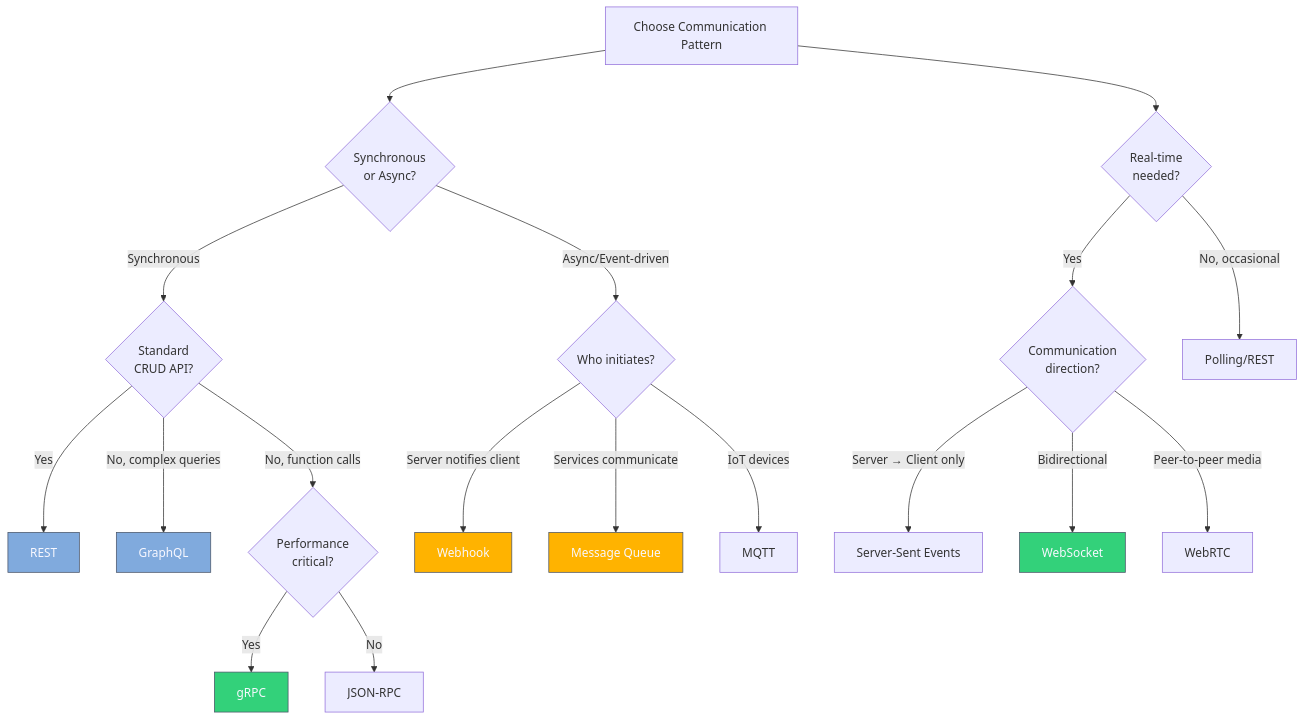
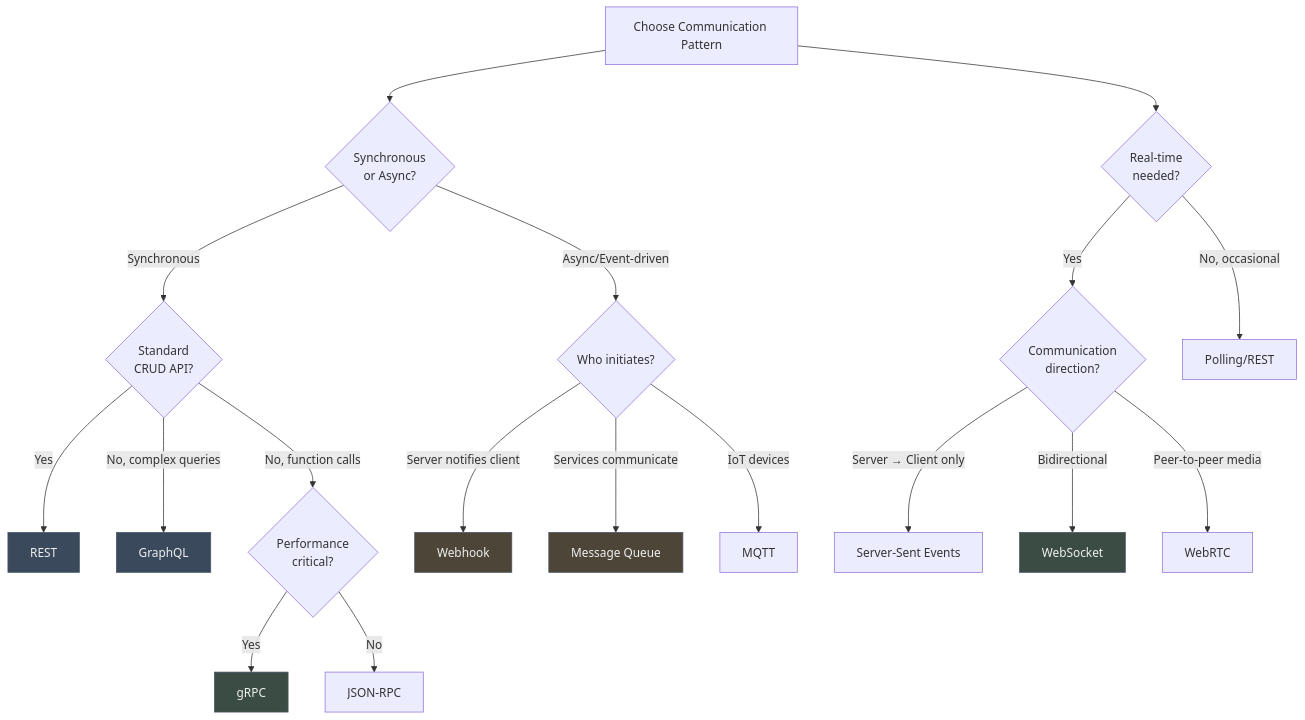
One commit to blackwell-systems/blog changed diagram 19 of 24 in content/posts/api-communication-patterns-guide.md. Above: the diagram before and after it, drawn with Mermaid. The commit also changed other lines of this file and 4 other files, not shown here.

```diff
--- a/content/posts/api-communication-patterns-guide.md
+++ b/content/posts/api-communication-patterns-guide.md
@@ -1358,37 +1358,37 @@
 {{< mermaid >}}
 flowchart TD
     start["Choose Communication Pattern"]
 
     start --> sync{Synchronous<br/>or Async?}
 
     sync -->|Synchronous| crud{Standard<br/>CRUD API?}
     sync -->|Async/Event-driven| event{Who initiates?}
 
     crud -->|Yes| rest["REST"]
     crud -->|No, complex queries| graphql["GraphQL"]
     crud -->|No, function calls| perf{Performance<br/>critical?}
 
     perf -->|Yes| grpc["gRPC"]
     perf -->|No| rpc["JSON-RPC"]
 
     event -->|Server notifies client| webhook["Webhook"]
     event -->|Services communicate| mq["Message Queue"]
     event -->|IoT devices| mqtt["MQTT"]
 
     start --> realtime{Real-time<br/>needed?}
 
     realtime -->|Yes| direction{Communication<br/>direction?}
 
     direction -->|Server → Client only| sse["Server-Sent Events"]
     direction -->|Bidirectional| ws["WebSocket"]
     direction -->|Peer-to-peer media| webrtc["WebRTC"]
 
     realtime -->|No, occasional| polling["Polling/REST"]
 
-    style rest fill:#80AADD,stroke:#4a5568,color:#f8f8ff
-    style graphql fill:#80AADD,stroke:#4a5568,color:#f8f8ff
-    style grpc fill:#33D17A,stroke:#4a5568,color:#f8f8ff
-    style ws fill:#33D17A,stroke:#4a5568,color:#f8f8ff
-    style webhook fill:#FFB300,stroke:#4a5568,color:#f8f8ff
-    style mq fill:#FFB300,stroke:#4a5568,color:#f8f8ff
+    style rest fill:#3A4A5C,stroke:#4a5568,color:#f0f0f0
+    style graphql fill:#3A4A5C,stroke:#4a5568,color:#f0f0f0
+    style grpc fill:#3A4C43,stroke:#4a5568,color:#f0f0f0
+    style ws fill:#3A4C43,stroke:#4a5568,color:#f0f0f0
+    style webhook fill:#4C4538,stroke:#4a5568,color:#f0f0f0
+    style mq fill:#4C4538,stroke:#4a5568,color:#f0f0f0
 {{< /mermaid >}}
```
